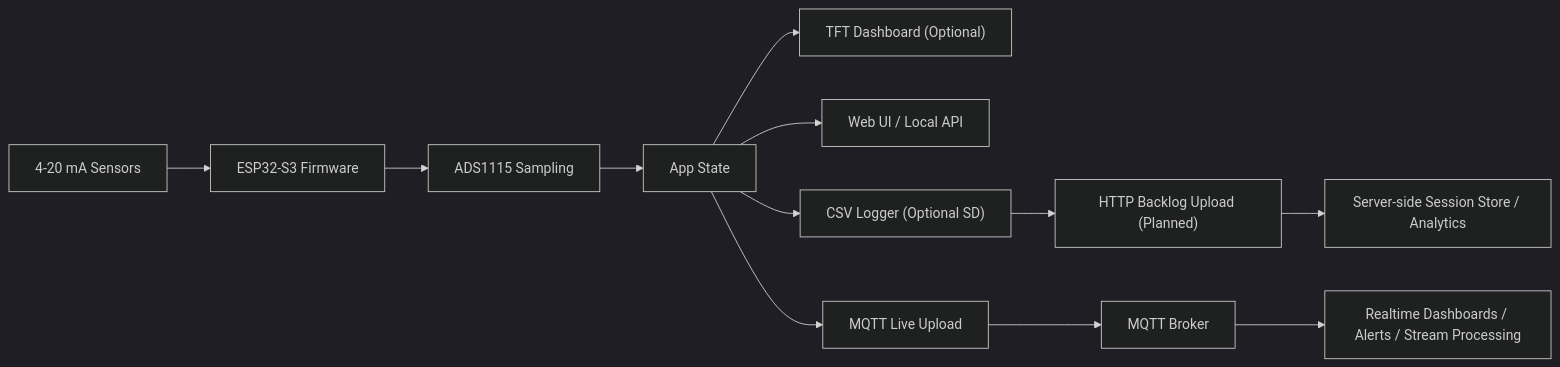
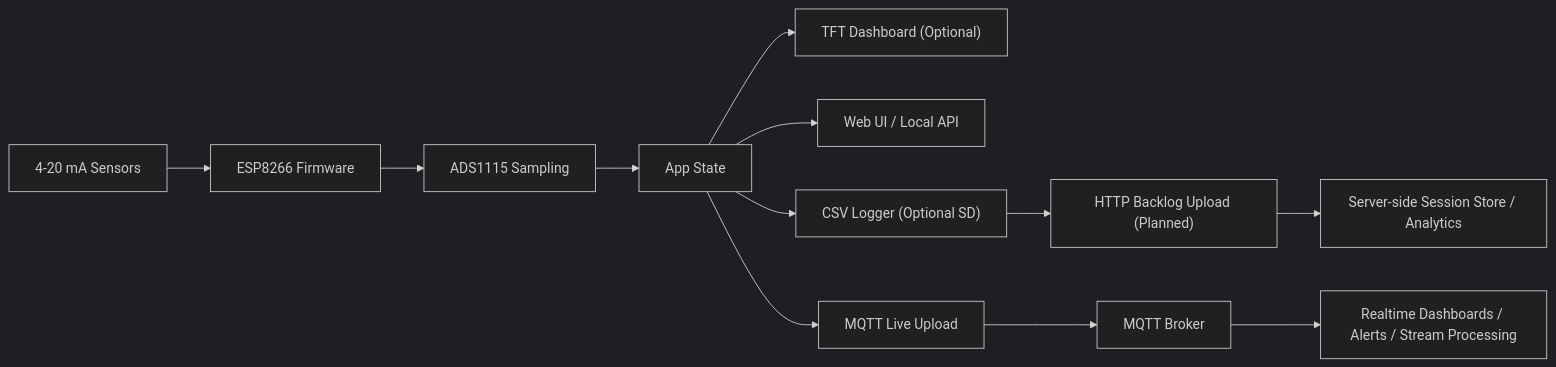
The diagram in README.md (V5U2/motorsport-data-acquisition), drawn with Mermaid (dark theme) before and after one commit. The commit also changed other lines of this file and 14 other files, not shown here.

````diff
--- a/README.md
+++ b/README.md
@@ -75,14 +75,14 @@
 ```mermaid
 flowchart LR
-    A["4-20 mA Sensors"] --> B["ESP32-S3 Firmware"]
+    A["4-20 mA Sensors"] --> B["ESP8266 Firmware"]
     B --> C["ADS1115 Sampling"]
     C --> D["App State"]
     D --> E["TFT Dashboard (Optional)"]
     D --> F["Web UI / Local API"]
     D --> G["CSV Logger (Optional SD)"]
     D --> H["MQTT Live Upload"]
     H --> I["MQTT Broker"]
     I --> J["Realtime Dashboards / Alerts / Stream Processing"]
     G --> K["HTTP Backlog Upload (Planned)"]
     K --> L["Server-side Session Store / Analytics"]
 ```
````
